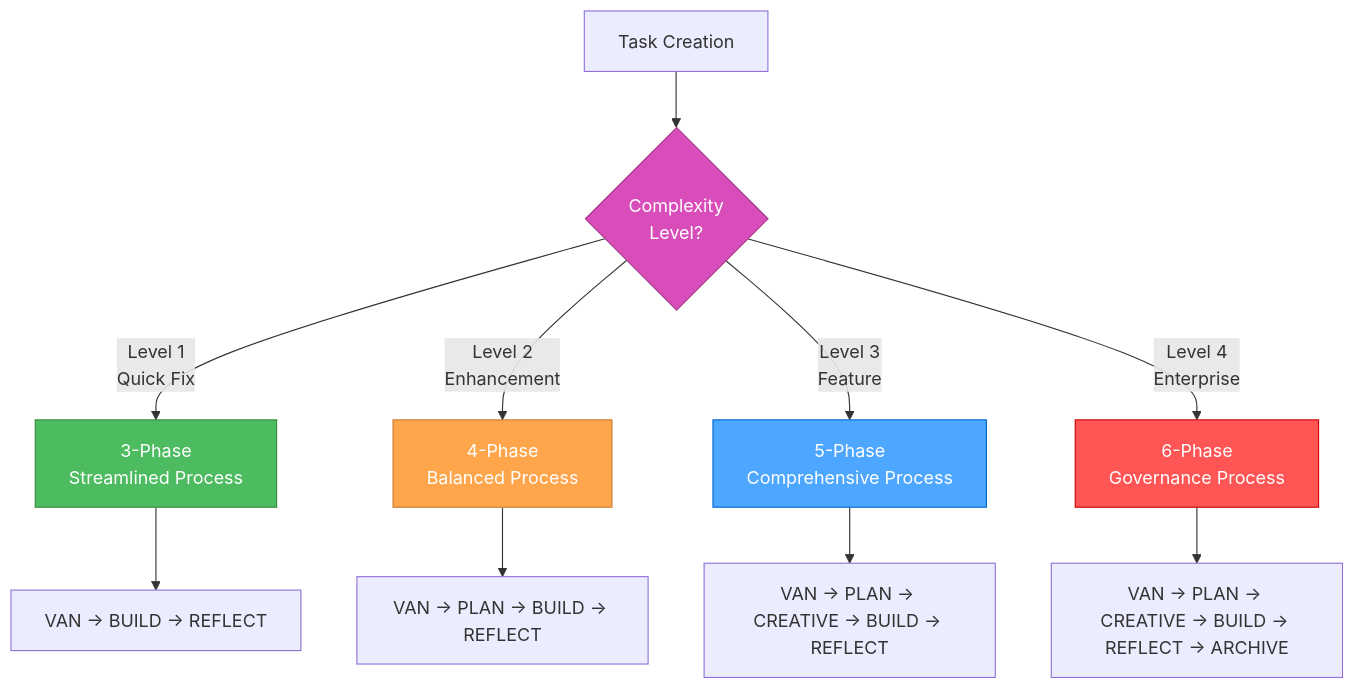
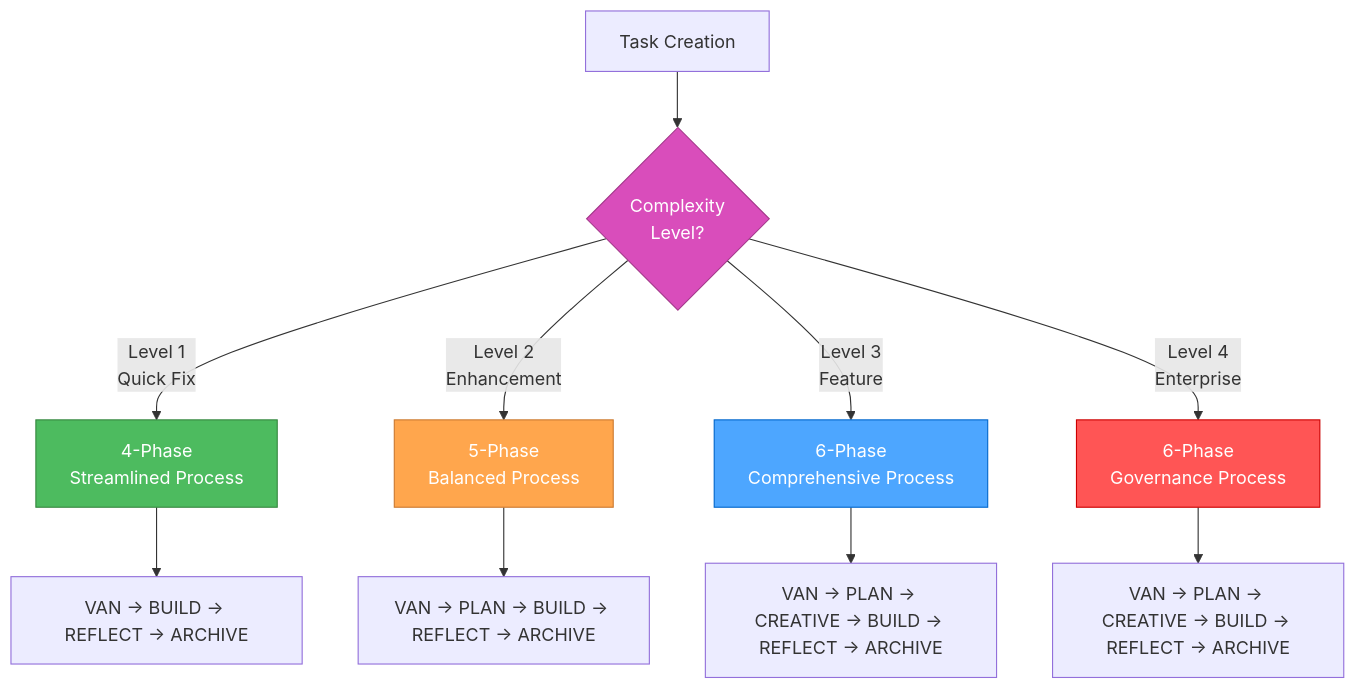
Before and after one commit to xianzhu21/cursor-memory-notion: the second of 6 diagrams in .cursor/rules/isolation_rules/main.mdc, drawn with Mermaid. The commit also changed other lines of this file and 37 other files, not shown here.

````diff
--- a/.cursor/rules/isolation_rules/main.mdc
+++ b/.cursor/rules/isolation_rules/main.mdc
@@ -53,20 +53,20 @@
 ```mermaid
 graph TD
     Task["Task Creation"] --> Complexity{"Complexity<br>Level?"}
     
-    Complexity -->|"Level 1<br>Quick Fix"| L1["3-Phase<br>Streamlined Process"]
-    Complexity -->|"Level 2<br>Enhancement"| L2["4-Phase<br>Balanced Process"]
-    Complexity -->|"Level 3<br>Feature"| L3["5-Phase<br>Comprehensive Process"]
+    Complexity -->|"Level 1<br>Quick Fix"| L1["4-Phase<br>Streamlined Process"]
+    Complexity -->|"Level 2<br>Enhancement"| L2["5-Phase<br>Balanced Process"]
+    Complexity -->|"Level 3<br>Feature"| L3["6-Phase<br>Comprehensive Process"]
     Complexity -->|"Level 4<br>Enterprise"| L4["6-Phase<br>Governance Process"]
     
-    L1 --> L1_Process["VAN → BUILD → REFLECT"]
-    L2 --> L2_Process["VAN → PLAN → BUILD → REFLECT"]
-    L3 --> L3_Process["VAN → PLAN → CREATIVE → BUILD → REFLECT"]
+    L1 --> L1_Process["VAN → BUILD → REFLECT → ARCHIVE"]
+    L2 --> L2_Process["VAN → PLAN → BUILD → REFLECT → ARCHIVE"]
+    L3 --> L3_Process["VAN → PLAN → CREATIVE → BUILD → REFLECT → ARCHIVE"]
     L4 --> L4_Process["VAN → PLAN → CREATIVE → BUILD → REFLECT → ARCHIVE"]
     
     style Complexity fill:#d94dbb,stroke:#a3378a,color:white
     style L1 fill:#4dbb5f,stroke:#36873f,color:white
     style L2 fill:#ffa64d,stroke:#cc7a30,color:white
     style L3 fill:#4da6ff,stroke:#0066cc,color:white
     style L4 fill:#ff5555,stroke:#cc0000,color:white
 ```
````
